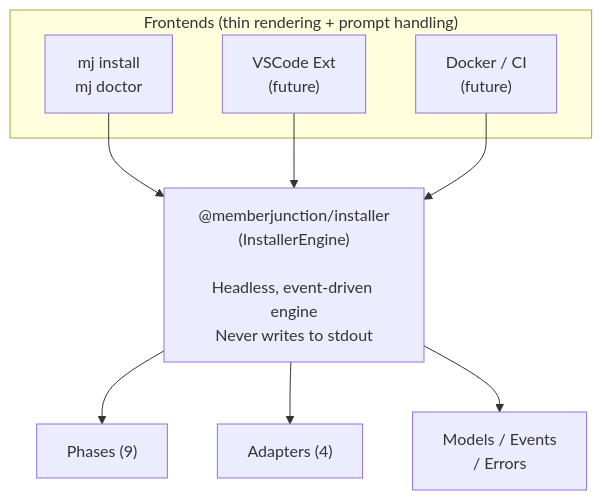
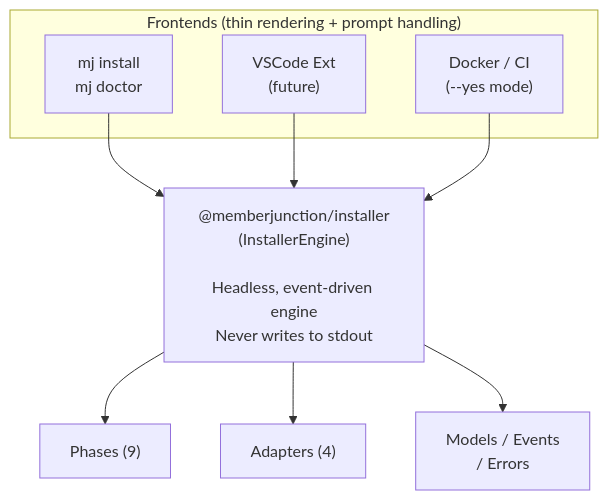
The diagram in plans/mj_installer_implementation_outline.md (MemberJunction/MJ), drawn with Mermaid before and after one commit. The commit also changed other lines of this file and 7 other files, not shown here.

Commit message:
added CI/Docker non-interactive mode

````diff
--- a/plans/mj_installer_implementation_outline.md
+++ b/plans/mj_installer_implementation_outline.md
@@ -16,18 +16,18 @@
 ```mermaid
 graph TD
     subgraph Frontends["Frontends (thin rendering + prompt handling)"]
         CLI["mj install\nmj doctor"]
         VSCode["VSCode Ext\n(future)"]
-        Docker["Docker / CI\n(future)"]
+        Docker["Docker / CI\n(--yes mode)"]
     end
 
     CLI --> Engine
     VSCode --> Engine
     Docker --> Engine
 
     Engine["@memberjunction/installer\n(InstallerEngine)\n\nHeadless, event-driven engine\nNever writes to stdout"]
 
     Engine --> Phases["Phases (9)"]
     Engine --> Adapters["Adapters (4)"]
     Engine --> Models["Models / Events\n/ Errors"]
 ```
````
